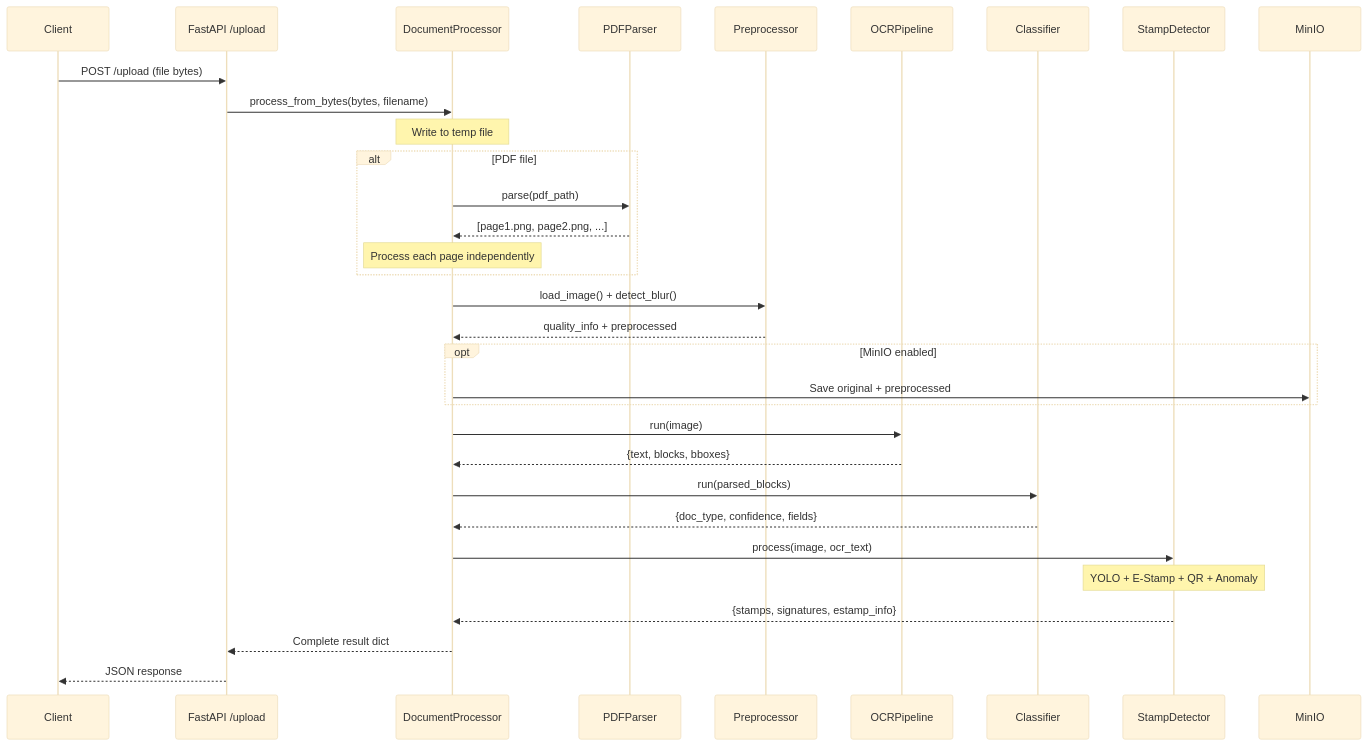
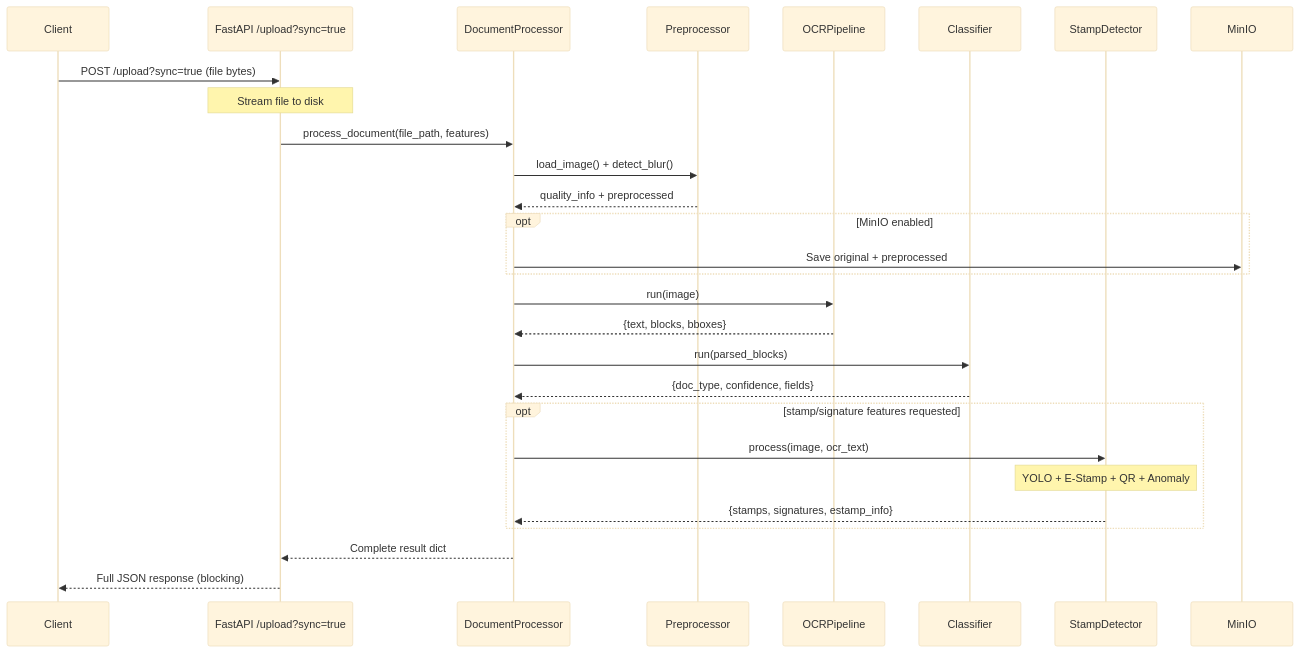
Before and after one commit to Sakshisingh-BV/Intellicheck-Docs: diagram 12 of 18 in ARCHITECTURE.md, drawn with Mermaid (base theme). The commit also changed other lines of this file and 1 other file, not shown here.

Commit message:
docs: update architecture for Redis integration

````diff
--- a/ARCHITECTURE.md
+++ b/ARCHITECTURE.md
@@ -522,43 +610,38 @@
 ```mermaid
 sequenceDiagram
     participant C as Client
-    participant API as FastAPI /upload
+    participant API as FastAPI /upload?sync=true
     participant DP as DocumentProcessor
-    participant PDF as PDFParser
     participant PRE as Preprocessor
     participant OCR as OCRPipeline
     participant CLS as Classifier
     participant STM as StampDetector
     participant MIO as MinIO
 
-    C->>API: POST /upload (file bytes)
-    API->>DP: process_from_bytes(bytes, filename)
-    
-    Note over DP: Write to temp file
-    
-    alt PDF file
-        DP->>PDF: parse(pdf_path)
-        PDF-->>DP: [page1.png, page2.png, ...]
-        Note over DP: Process each page independently
-    end
+    C->>API: POST /upload?sync=true (file bytes)
+    Note over API: Stream file to disk
+
+    API->>DP: process_document(file_path, features)
 
     DP->>PRE: load_image() + detect_blur()
     PRE-->>DP: quality_info + preprocessed
 
     opt MinIO enabled
         DP->>MIO: Save original + preprocessed
     end
 
     DP->>OCR: run(image)
     OCR-->>DP: {text, blocks, bboxes}
 
     DP->>CLS: run(parsed_blocks)
     CLS-->>DP: {doc_type, confidence, fields}
 
-    DP->>STM: process(image, ocr_text)
-    Note over STM: YOLO + E-Stamp + QR + Anomaly
-    STM-->>DP: {stamps, signatures, estamp_info}
+    opt stamp/signature features requested
+        DP->>STM: process(image, ocr_text)
+        Note over STM: YOLO + E-Stamp + QR + Anomaly
+        STM-->>DP: {stamps, signatures, estamp_info}
+    end
 
     DP-->>API: Complete result dict
-    API-->>C: JSON response
+    API-->>C: Full JSON response (blocking)
 ```
````
